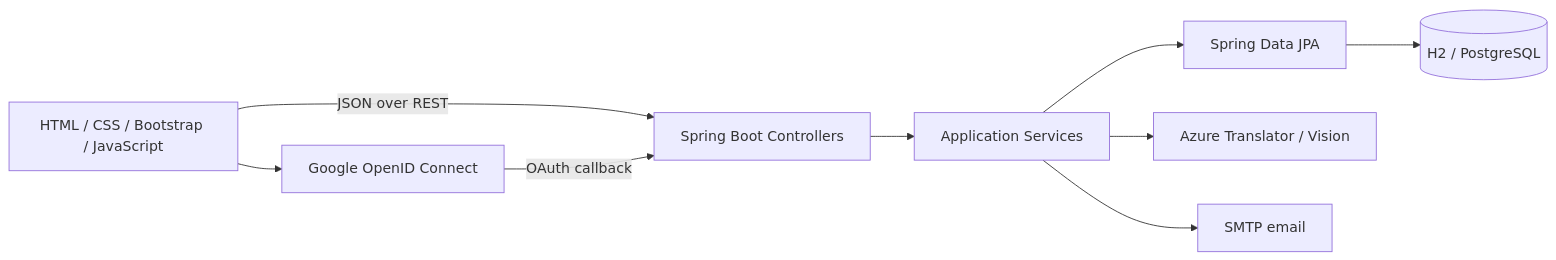
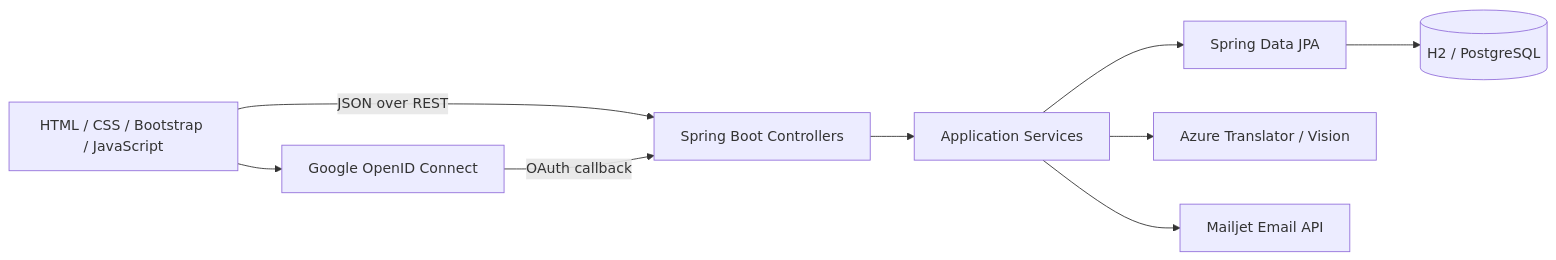
The diagram in README.md (QuanVu512/flashcard), drawn with Mermaid before and after one commit. The commit also changed other lines of this file and 11 other files, not shown here.

First line of the commit message:
feat(auth): tích hợp gửi OTP qua Mailjet API

````diff
--- a/README.md
+++ b/README.md
@@ -28,11 +28,11 @@
 ```mermaid
 flowchart LR
     UI[HTML / CSS / Bootstrap / JavaScript] -->|JSON over REST| API[Spring Boot Controllers]
     API --> SERVICE[Application Services]
     SERVICE --> REPO[Spring Data JPA]
     REPO --> DB[(H2 / PostgreSQL)]
     SERVICE --> AZURE[Azure Translator / Vision]
-    SERVICE --> SMTP[SMTP email]
+    SERVICE --> MAILJET[Mailjet Email API]
     UI --> GOOGLE[Google OpenID Connect]
     GOOGLE -->|OAuth callback| API
 ```
````
